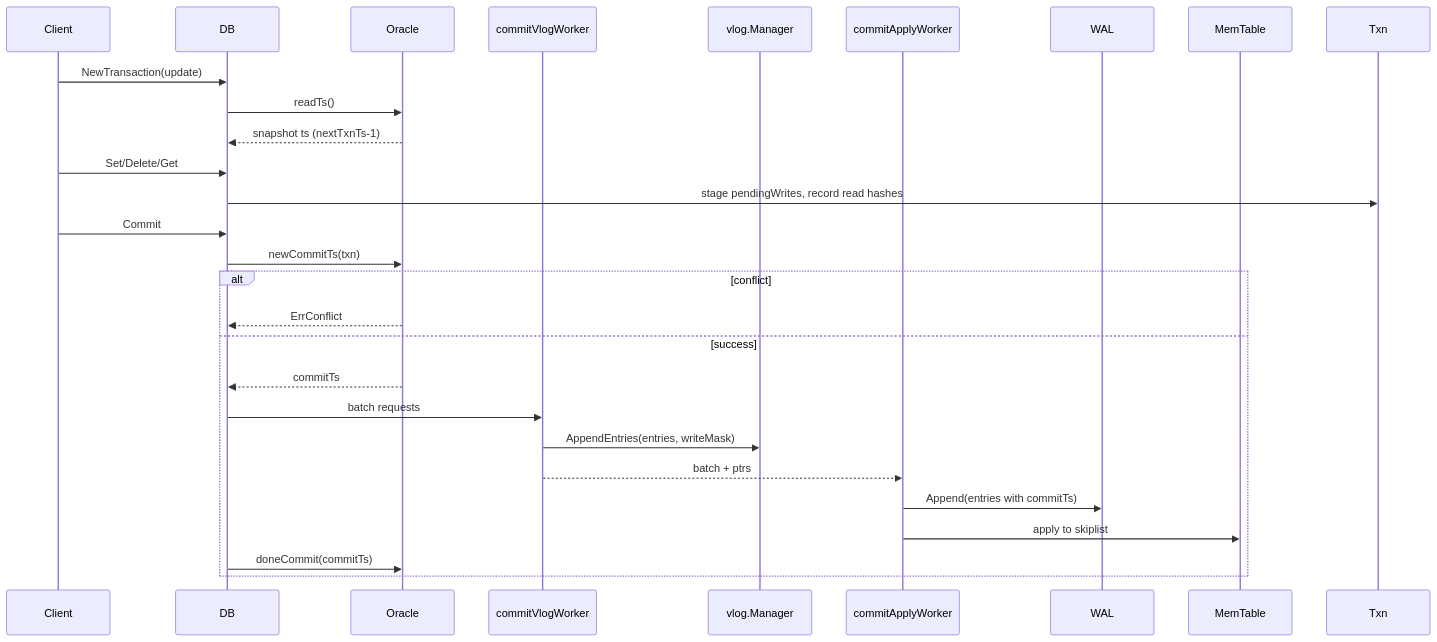
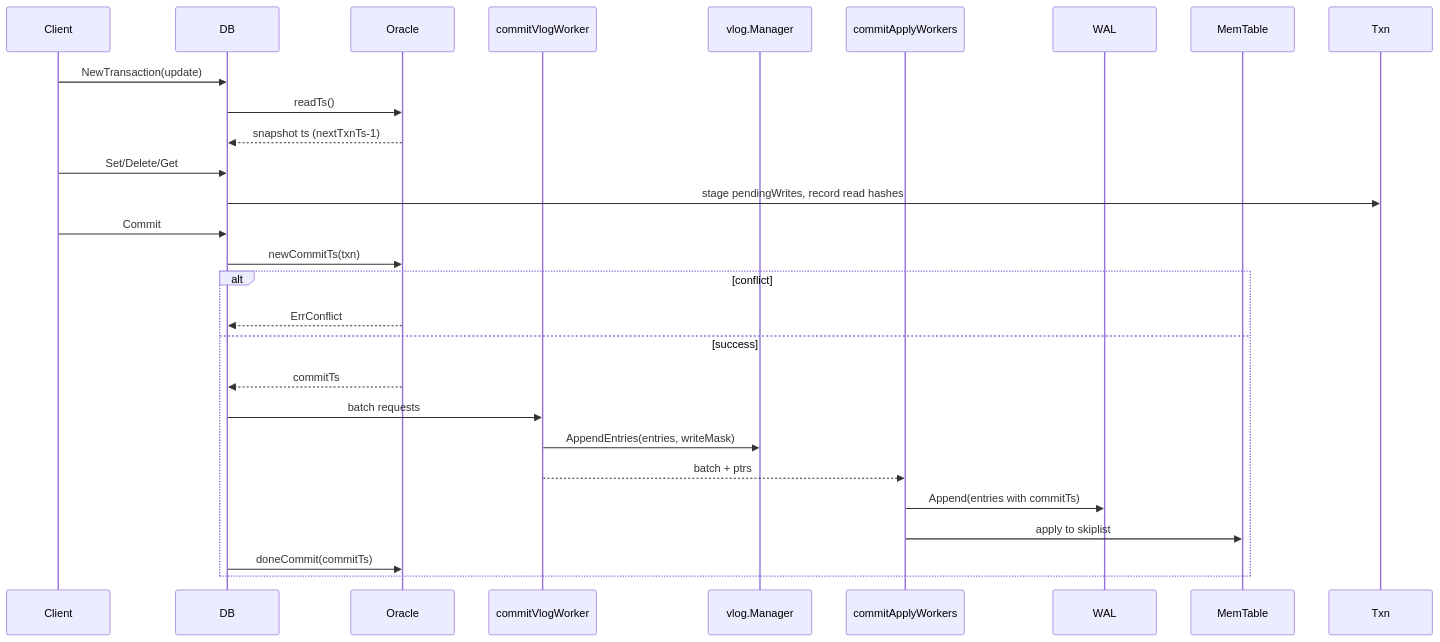
The diagram in docs/txn.md (feichai0017/NoKV), drawn with Mermaid before and after one commit. The commit also changed 9 other files, not shown here.

Commit message:
Enable concurrent LSM apply workers

````diff
--- a/docs/txn.md
+++ b/docs/txn.md
@@ -22,29 +22,29 @@
 ```mermaid
 sequenceDiagram
     participant Client
     participant DB
     participant Oracle
     participant VLog as commitVlogWorker
     participant Mgr as vlog.Manager
-    participant Apply as commitApplyWorker
+    participant Apply as commitApplyWorkers
     participant WAL
     participant Mem as MemTable
     Client->>DB: NewTransaction(update)
     DB->>Oracle: readTs()
     Oracle-->>DB: snapshot ts (nextTxnTs-1)
     Client->>DB: Set/Delete/Get
     DB->>Txn: stage pendingWrites, record read hashes
     Client->>DB: Commit
     DB->>Oracle: newCommitTs(txn)
     alt conflict
         Oracle-->>DB: ErrConflict
     else success
         Oracle-->>DB: commitTs
         DB->>VLog: batch requests
         VLog->>Mgr: AppendEntries(entries, writeMask)
         VLog-->>Apply: batch + ptrs
         Apply->>WAL: Append(entries with commitTs)
         Apply->>Mem: apply to skiplist
         DB->>Oracle: doneCommit(commitTs)
     end
 ```
````
